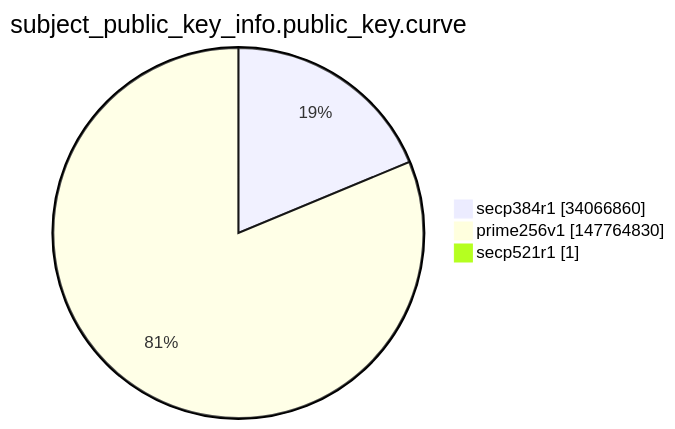
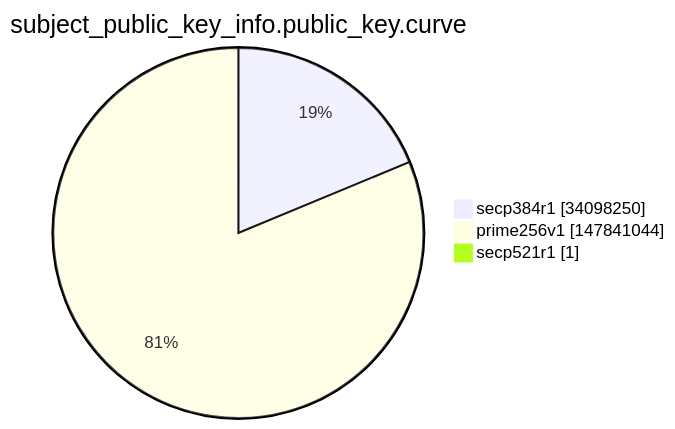
The ninth of 15 diagrams in argon2022/README.md (christiankrug/ctmonitor_visualization), drawn with Mermaid before and after one commit. The commit also changed other lines of this file, not shown here.

````diff
--- a/argon2022/README.md
+++ b/argon2022/README.md
@@ -2764,7 +2764,7 @@
 ```mermaid
 pie showData
 title subject_public_key_info.public_key.curve
-"secp384r1" :34066860
-"prime256v1" :147764830
+"secp384r1" :34098250
+"prime256v1" :147841044
 "secp521r1" :1
 ```
````
